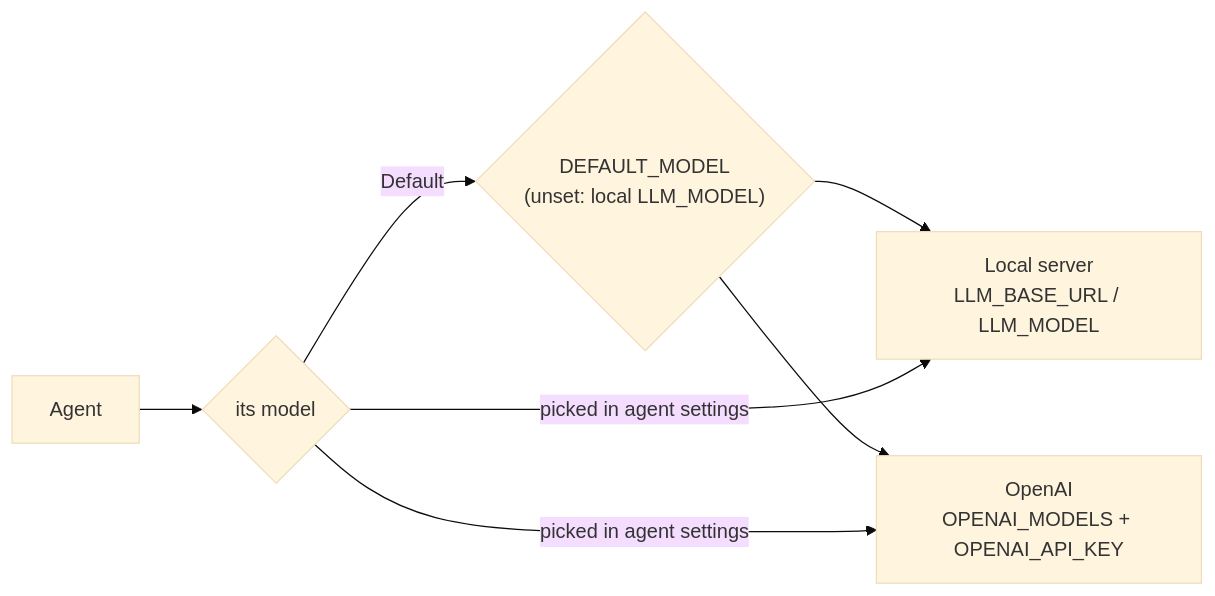
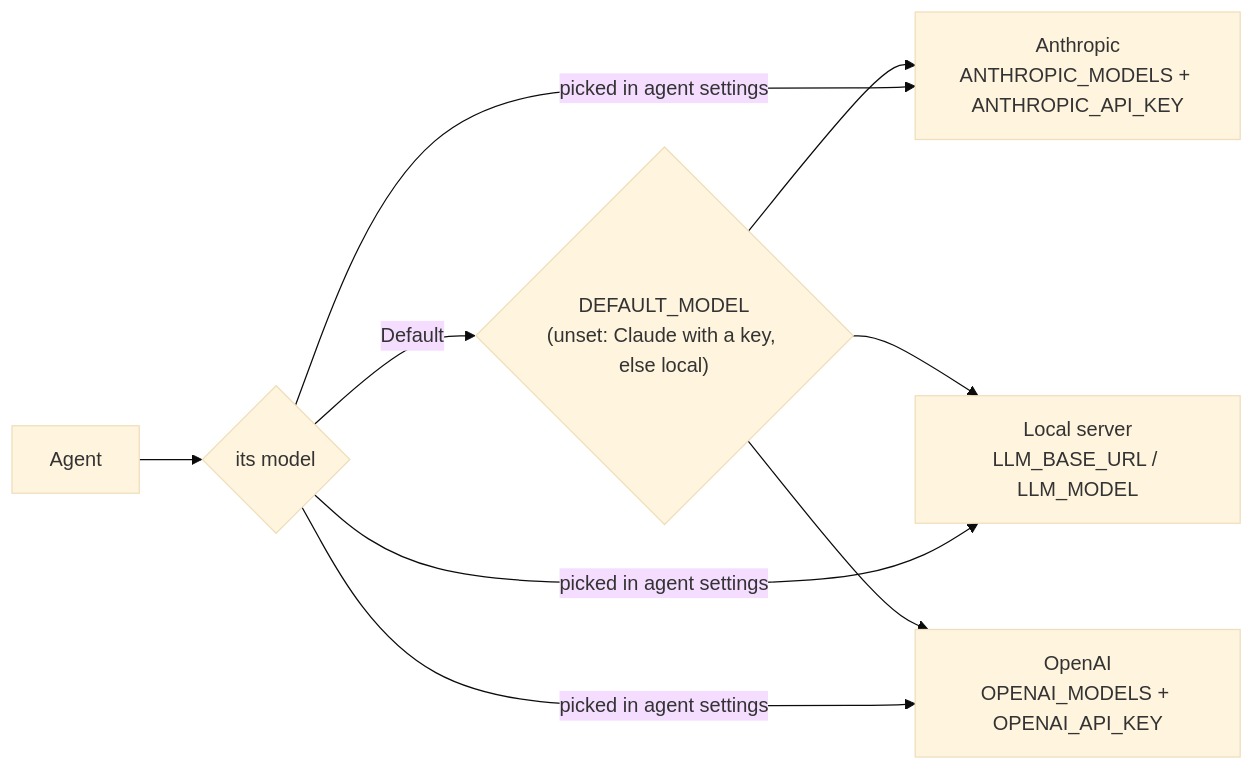
The diagram in docs/models.md (chrysogonus/agent-lab), drawn with Mermaid (base theme) before and after one commit. The commit also changed other lines of this file and 15 other files, not shown here.

Commit message:
Claude as a model provider: hand-written Messages API adapter, Sonnet 5.5 default with a key

````diff
--- a/docs/models.md
+++ b/docs/models.md
@@ -8,9 +9,11 @@
 ```mermaid
 flowchart LR
     A[Agent] --> D{its model}
-    D -- "Default" --> DM{"DEFAULT_MODEL<br/>(unset: local LLM_MODEL)"}
+    D -- "Default" --> DM{"DEFAULT_MODEL<br/>(unset: Claude with a key, else local)"}
+    DM --> A2["Anthropic<br/>ANTHROPIC_MODELS + ANTHROPIC_API_KEY"]
     DM --> L["Local server<br/>LLM_BASE_URL / LLM_MODEL"]
     DM --> O["OpenAI<br/>OPENAI_MODELS + OPENAI_API_KEY"]
+    D -- "picked in agent settings" --> A2
     D -- "picked in agent settings" --> L
     D -- "picked in agent settings" --> O
 ```
````
